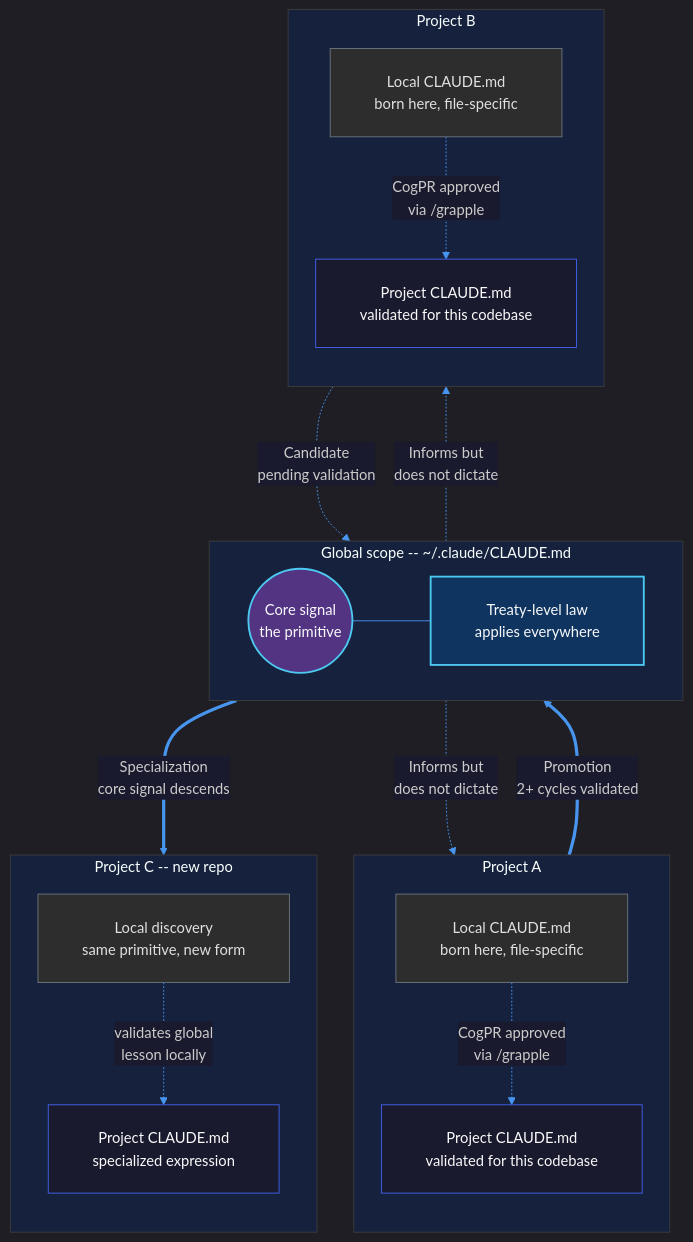
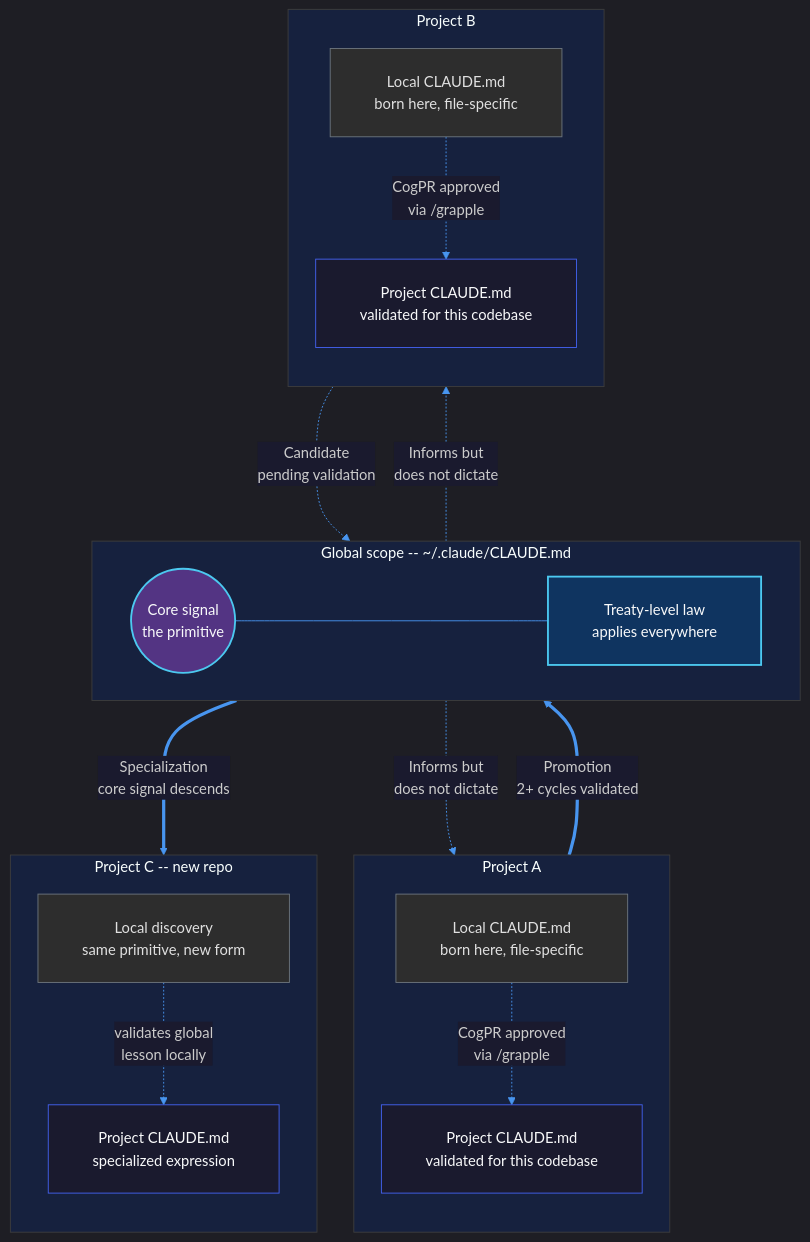
Before and after one commit to prompted365/context-grapple-gun: the first of 2 diagrams in README.md, drawn with Mermaid.

Commit message:
fix: widen Global subgraph to prevent title truncation
Extend G1--G2 internal link from 1 rank to 4 ranks, forcing the
subgraph wide enough to display the full title.

````diff
--- a/README.md
+++ b/README.md
@@ -46,47 +46,47 @@
 ```mermaid
 %%{init: {'theme': 'dark', 'flowchart': {'padding': 24, 'rankSpacing': 60, 'nodeSpacing': 40}, 'themeVariables': {'primaryColor': '#4361ee', 'primaryTextColor': '#f8f9fa', 'primaryBorderColor': '#6c757d', 'lineColor': '#4895ef', 'secondaryColor': '#1a1a2e', 'tertiaryColor': '#16213e', 'edgeLabelBackground': '#1a1a2e', 'clusterBkg': '#16213e', 'clusterBorder': '#3d3d3d'}}}%%
 flowchart TB
     subgraph GLOBAL["Global scope -- ~/.claude/CLAUDE.md"]
         direction LR
         G1(("Core signal<br/>the primitive"))
         G2["Treaty-level law<br/>applies everywhere"]
-        G1 --- G2
+        G1 ------ G2
     end
 
     subgraph PROJ_A["Project A"]
         direction TB
         PA1["Project CLAUDE.md<br/>validated for this codebase"]
         PA2["Local CLAUDE.md<br/>born here, file-specific"]
         PA2 -. "CogPR approved<br/>via /grapple" .-> PA1
     end
 
     subgraph PROJ_B["Project B"]
         direction TB
         PB1["Project CLAUDE.md<br/>validated for this codebase"]
         PB2["Local CLAUDE.md<br/>born here, file-specific"]
         PB2 -. "CogPR approved<br/>via /grapple" .-> PB1
     end
 
     subgraph PROJ_C["Project C -- new repo"]
         direction TB
         PC1["Project CLAUDE.md<br/>specialized expression"]
         PC2["Local discovery<br/>same primitive, new form"]
         PC2 -. "validates global<br/>lesson locally" .-> PC1
     end
 
     PA1 == "Promotion<br/>2+ cycles validated" ===> GLOBAL
     PB1 -. "Candidate<br/>pending validation" ..-> GLOBAL
     GLOBAL == "Specialization<br/>core signal descends" ===> PC1
     GLOBAL -. "Informs but<br/>does not dictate" ..-> PA1
     GLOBAL -. "Informs but<br/>does not dictate" ..-> PB1
 
     classDef global fill:#0f3460,stroke:#4cc9f0,color:#f8f9fa,stroke-width:2px
     classDef project fill:#1a1a2e,stroke:#4361ee,color:#f8f9fa
     classDef local fill:#2d2d2d,stroke:#6c757d,color:#e0e0e0
     classDef core fill:#533483,stroke:#4cc9f0,color:#f8f9fa,stroke-width:2px
 
     class G1 core
     class G2 global
     class PA1,PB1,PC1 project
     class PA2,PB2,PC2 local
 ```
````
